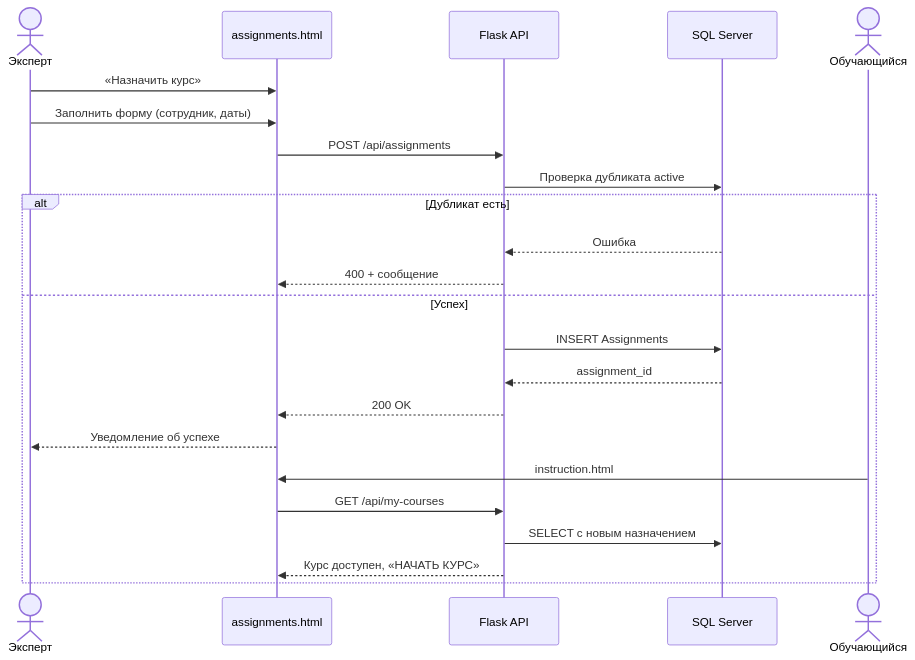
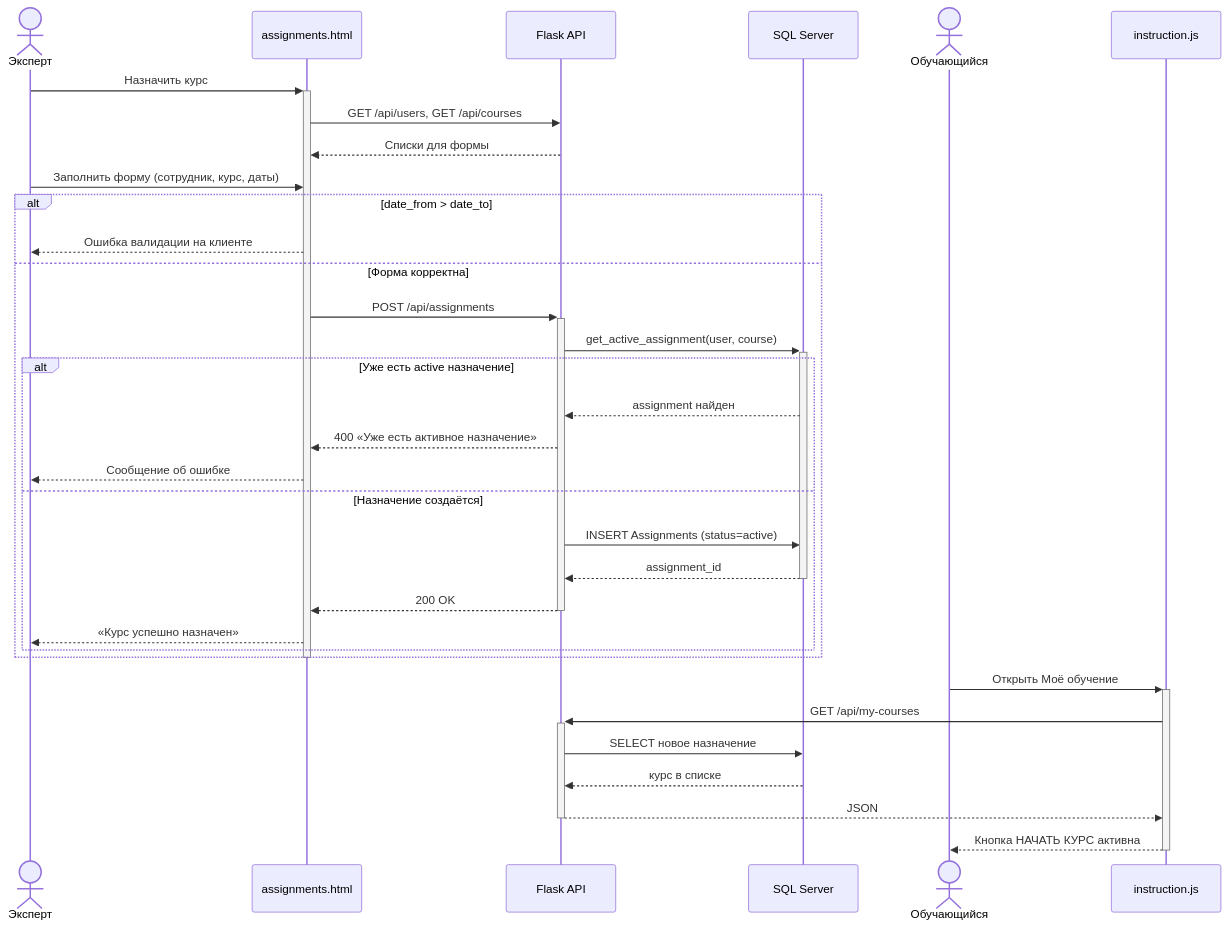
One commit to nouonoo/edu_course changed the fourth of 8 diagrams in docs/проектная_документация/Приложение_З_Диаграмма_последовательностей.md. Above: the diagram before and after it, drawn with Mermaid. The commit also changed other lines of this file and 10 other files, not shown here.

First line of the commit message:
Дополнить проектную документацию UML-диаграммами и описанием реализации

````diff
--- a/docs/проектная_документация/Приложение_З_Диаграмма_последовательностей.md
+++ b/docs/проектная_документация/Приложение_З_Диаграмма_последовательностей.md
@@ -68,26 +169,39 @@
 ```mermaid
 sequenceDiagram
     actor Expert as Эксперт
     participant UI as assignments.html
     participant API as Flask API
     participant DB as SQL Server
     actor Student as Обучающийся
+    participant Inst as instruction.js
 
-    Expert->>UI: «Назначить курс»
-    Expert->>UI: Заполнить форму (сотрудник, даты)
-    UI->>API: POST /api/assignments
-    API->>DB: Проверка дубликата active
-    alt Дубликат есть
-        DB-->>API: Ошибка
-        API-->>UI: 400 + сообщение
-    else Успех
-        API->>DB: INSERT Assignments
-        DB-->>API: assignment_id
-        API-->>UI: 200 OK
-        UI-->>Expert: Уведомление об успехе
-        Student->>UI: instruction.html
-        UI->>API: GET /api/my-courses
-        API->>DB: SELECT с новым назначением
-        API-->>UI: Курс доступен, «НАЧАТЬ КУРС»
+    Expert->>+UI: Назначить курс
+    UI->>API: GET /api/users, GET /api/courses
+    API-->>UI: Списки для формы
+    Expert->>UI: Заполнить форму (сотрудник, курс, даты)
+
+    alt date_from > date_to
+        UI-->>Expert: Ошибка валидации на клиенте
+    else Форма корректна
+        UI->>+API: POST /api/assignments
+        API->>+DB: get_active_assignment(user, course)
+        alt Уже есть active назначение
+            DB-->>API: assignment найден
+            API-->>UI: 400 «Уже есть активное назначение»
+            UI-->>Expert: Сообщение об ошибке
+        else Назначение создаётся
+            API->>DB: INSERT Assignments (status=active)
+            DB-->>-API: assignment_id
+            API-->>-UI: 200 OK
+            UI-->>Expert: «Курс успешно назначен»
+        end
     end
+    deactivate UI
+
+    Student->>+Inst: Открыть Моё обучение
+    Inst->>+API: GET /api/my-courses
+    API->>DB: SELECT новое назначение
+    DB-->>API: курс в списке
+    API-->>-Inst: JSON
+    Inst-->>-Student: Кнопка НАЧАТЬ КУРС активна
 ```
````
